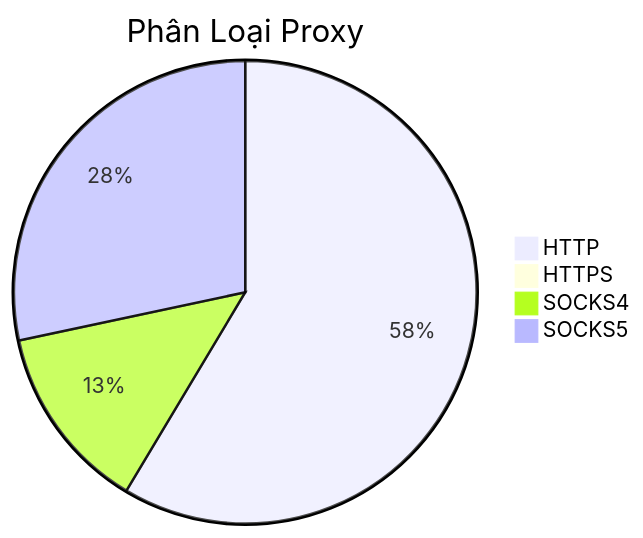
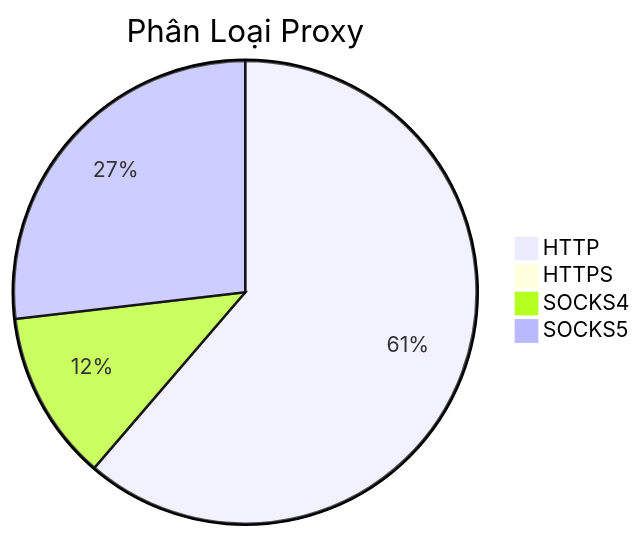
Before and after one commit to Ciara-12/PROXY-free: the diagram in README.md, drawn with Mermaid. The commit also changed other lines of this file and 4 other files, not shown here.

````diff
--- a/README.md
+++ b/README.md
@@ -26,7 +26,7 @@
 ```mermaid
 pie title Phân Loại Proxy
-    "HTTP" : 713
-    "HTTPS" : 6
-    "SOCKS4" : 159
-    "SOCKS5" : 345
+    "HTTP" : 749
+    "HTTPS" : 5
+    "SOCKS4" : 145
+    "SOCKS5" : 328
 ```
````
